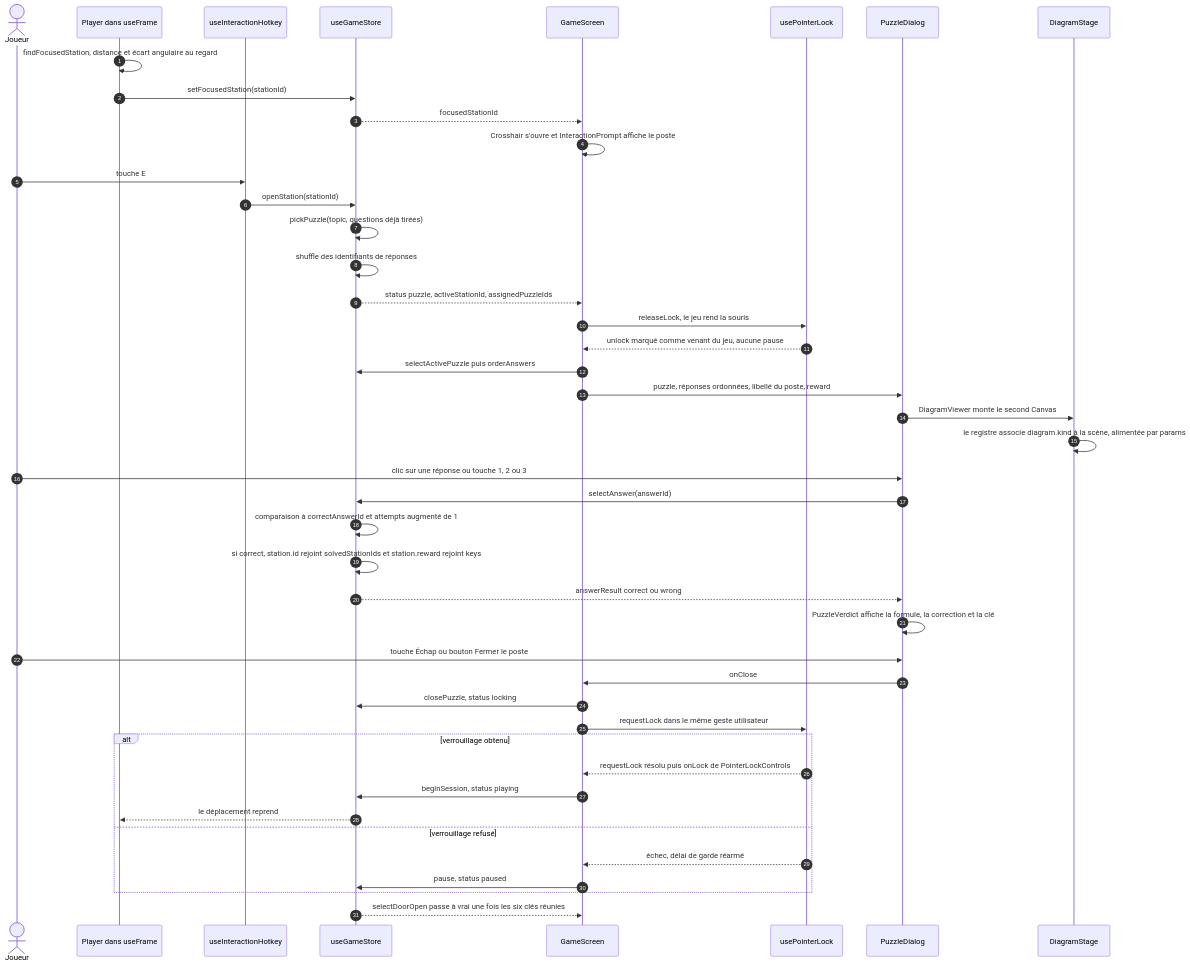
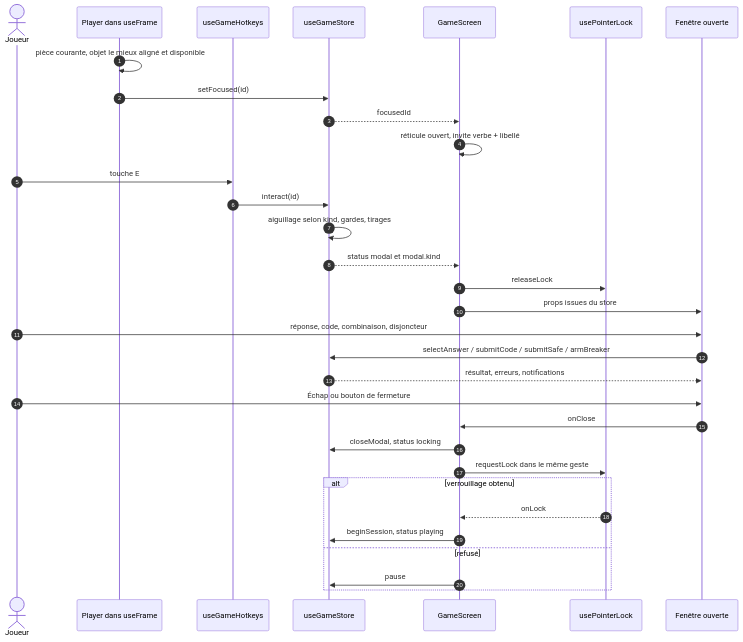
One commit to Z4drus/physics-escape-game changed the fourth of 4 diagrams in docs/architecture.md. Above: the diagram before and after it, drawn with Mermaid. The commit also changed other lines of this file and 128 other files, not shown here.

````diff
--- a/docs/architecture.md
+++ b/docs/architecture.md
@@ -416,53 +345,39 @@
 ```mermaid
 sequenceDiagram
     autonumber
     actor Joueur
     participant Player as Player dans useFrame
-    participant Hotkey as useInteractionHotkey
+    participant Keys as useGameHotkeys
     participant Store as useGameStore
     participant Screen as GameScreen
     participant Lock as usePointerLock
-    participant Dialog as PuzzleDialog
-    participant Stage as DiagramStage
+    participant Dialog as Fenêtre ouverte
 
-    Player->>Player: findFocusedStation, distance et écart angulaire au regard
-    Player->>Store: setFocusedStation(stationId)
-    Store-->>Screen: focusedStationId
-    Screen->>Screen: Crosshair s'ouvre et InteractionPrompt affiche le poste
+    Player->>Player: pièce courante, objet le mieux aligné et disponible
+    Player->>Store: setFocused(id)
+    Store-->>Screen: focusedId
+    Screen->>Screen: réticule ouvert, invite verbe + libellé
 
-    Joueur->>Hotkey: touche E
-    Hotkey->>Store: openStation(stationId)
-    Store->>Store: pickPuzzle(topic, questions déjà tirées)
-    Store->>Store: shuffle des identifiants de réponses
-    Store-->>Screen: status puzzle, activeStationId, assignedPuzzleIds
+    Joueur->>Keys: touche E
+    Keys->>Store: interact(id)
+    Store->>Store: aiguillage selon kind, gardes, tirages
+    Store-->>Screen: status modal et modal.kind
 
-    Screen->>Lock: releaseLock, le jeu rend la souris
-    Lock-->>Screen: unlock marqué comme venant du jeu, aucune pause
-    Screen->>Store: selectActivePuzzle puis orderAnswers
-    Screen->>Dialog: puzzle, réponses ordonnées, libellé du poste, reward
-    Dialog->>Stage: DiagramViewer monte le second Canvas
-    Stage->>Stage: le registre associe diagram.kind à la scène, alimentée par params
+    Screen->>Lock: releaseLock
+    Screen->>Dialog: props issues du store
 
-    Joueur->>Dialog: clic sur une réponse ou touche 1, 2 ou 3
-    Dialog->>Store: selectAnswer(answerId)
-    Store->>Store: comparaison à correctAnswerId et attempts augmenté de 1
-    Store->>Store: si correct, station.id rejoint solvedStationIds et station.reward rejoint keys
-    Store-->>Dialog: answerResult correct ou wrong
-    Dialog->>Dialog: PuzzleVerdict affiche la formule, la correction et la clé
+    Joueur->>Dialog: réponse, code, combinaison, disjoncteur
+    Dialog->>Store: selectAnswer / submitCode / submitSafe / armBreaker
+    Store-->>Dialog: résultat, erreurs, notifications
 
-    Joueur->>Dialog: touche Échap ou bouton Fermer le poste
+    Joueur->>Dialog: Échap ou bouton de fermeture
     Dialog->>Screen: onClose
-    Screen->>Store: closePuzzle, status locking
-    Screen->>Lock: requestLock dans le même geste utilisateur
-
+    Screen->>Store: closeModal, status locking
+    Screen->>Lock: requestLock dans le même geste
     alt verrouillage obtenu
-        Lock-->>Screen: requestLock résolu puis onLock de PointerLockControls
+        Lock-->>Screen: onLock
         Screen->>Store: beginSession, status playing
-        Store-->>Player: le déplacement reprend
-    else verrouillage refusé
-        Lock-->>Screen: échec, délai de garde réarmé
-        Screen->>Store: pause, status paused
+    else refusé
+        Screen->>Store: pause
     end
-
-    Store-->>Screen: selectDoorOpen passe à vrai une fois les six clés réunies
 ```
````
